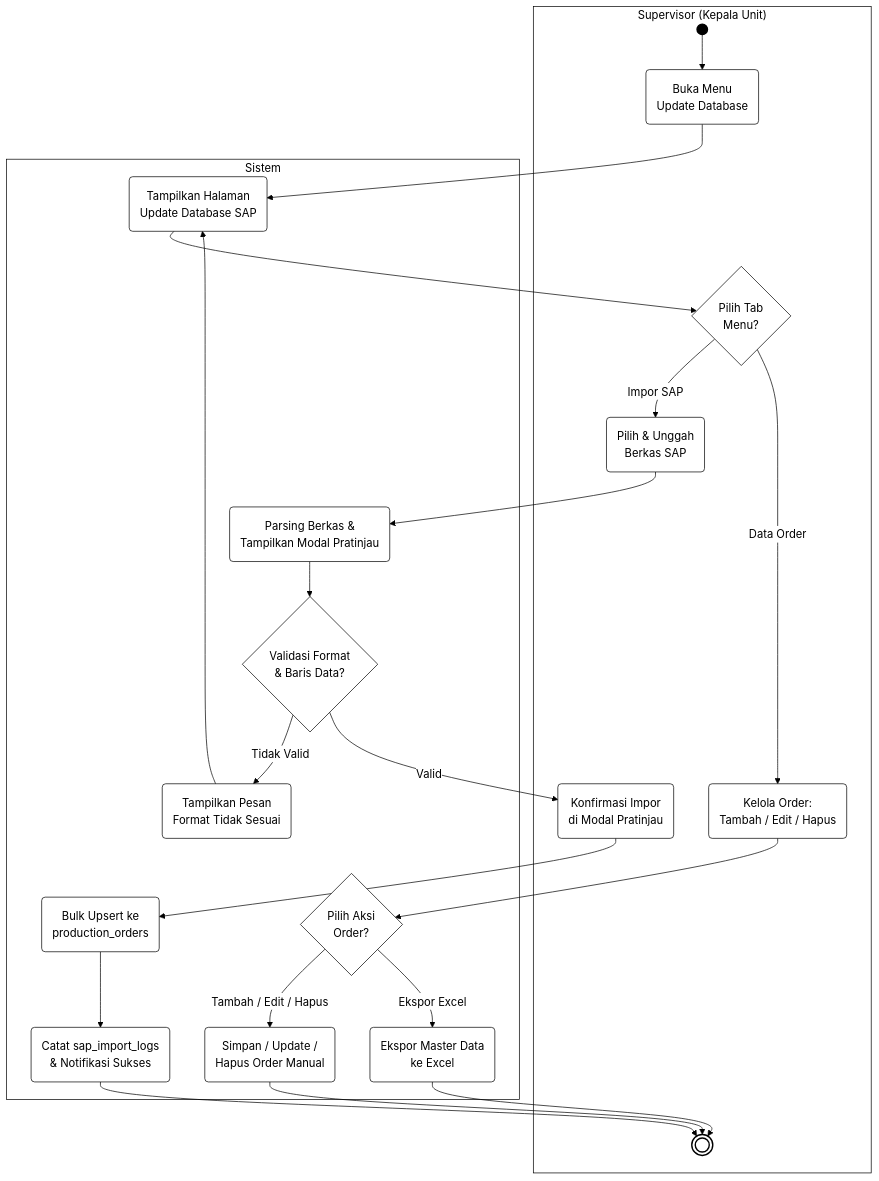
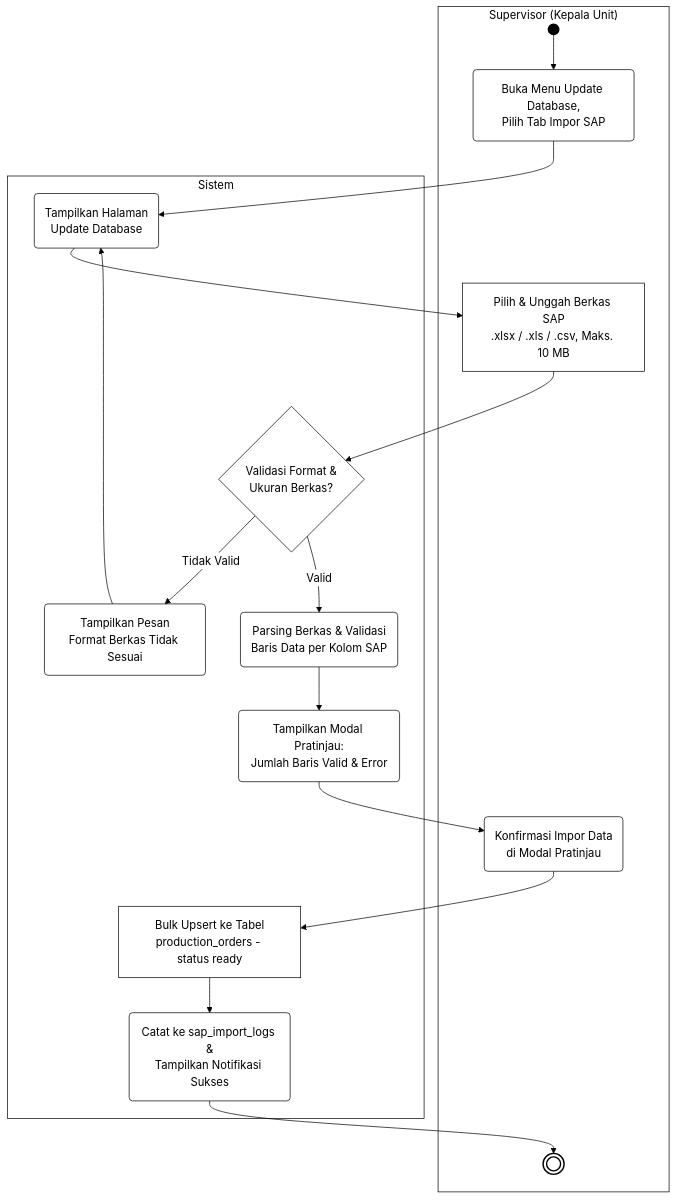
The ninth of 21 diagrams in docs/BAB_III_Draft.md (ZulfikarHD/scan-produksi), drawn with Mermaid before and after one commit. The commit also changed other lines of this file, not shown here.

First line of the commit message:
refactor(docs): update activity diagrams for managing petugas data

````diff
--- a/docs/BAB_III_Draft.md
+++ b/docs/BAB_III_Draft.md
@@ -520,47 +626,37 @@
 ```mermaid
 %%{init: {'theme': 'base', 'themeVariables': { 'primaryColor': '#ffffff', 'primaryBorderColor': '#000000', 'primaryTextColor': '#000000', 'lineColor': '#000000', 'textColor': '#000000', 'clusterBkg': '#ffffff', 'clusterBorder': '#000000', 'edgeLabelBackground':'#ffffff' }}}%%
 flowchart TD
     subgraph Supervisor ["Supervisor (Kepala Unit)"]
-        S_Start(( ))
-        S_Buka(Buka Menu<br/>Update Database)
-        S_Tab{Pilih Tab<br/>Menu?}
-        S_Upload(Pilih & Unggah<br/>Berkas SAP)
-        S_Konfirm(Konfirmasi Impor<br/>di Modal Pratinjau)
-        S_Order(Kelola Order:<br/>Tambah / Edit / Hapus)
-        S_End((( )))
+        SP_Start(( ))
+        SP_Buka(Buka Menu Update Database,<br/>Pilih Tab Impor SAP)
+        SP_Pilih["Pilih & Unggah Berkas SAP<br/>.xlsx / .xls / .csv, Maks. 10 MB"]
+        SP_Konfirm(Konfirmasi Impor Data<br/>di Modal Pratinjau)
+        SP_End((( )))
     end
 
     subgraph Sistem ["Sistem"]
-        SIS_Tampil(Tampilkan Halaman<br/>Update Database SAP)
-        SIS_Preview(Parsing Berkas &<br/>Tampilkan Modal Pratinjau)
-        SIS_Val{Validasi Format<br/>& Baris Data?}
-        SIS_Err(Tampilkan Pesan<br/>Format Tidak Sesuai)
-        SIS_Upsert(Bulk Upsert ke<br/>production_orders)
-        SIS_Log(Catat sap_import_logs<br/>& Notifikasi Sukses)
-        SIS_CRUD(Simpan / Update /<br/>Hapus Order Manual)
-        SIS_Export(Ekspor Master Data<br/>ke Excel)
-        S_AksiOrder{Pilih Aksi<br/>Order?}
+        SS_Tampil(Tampilkan Halaman<br/>Update Database)
+        SS_ValFile{Validasi Format &<br/>Ukuran Berkas?}
+        SS_FileErr(Tampilkan Pesan<br/>Format Berkas Tidak Sesuai)
+        SS_Parse(Parsing Berkas & Validasi<br/>Baris Data per Kolom SAP)
+        SS_Preview(Tampilkan Modal Pratinjau:<br/>Jumlah Baris Valid & Error)
+        SS_Upsert["Bulk Upsert ke Tabel<br/>production_orders - status ready"]
+        SS_Log(Catat ke sap_import_logs &<br/>Tampilkan Notifikasi Sukses)
     end
 
-    S_Start --> S_Buka
-    S_Buka --> SIS_Tampil
-    SIS_Tampil --> S_Tab
-    S_Tab -- Impor SAP --> S_Upload
-    S_Upload --> SIS_Preview
-    SIS_Preview --> SIS_Val
-    SIS_Val -- Tidak Valid --> SIS_Err
-    SIS_Err --> SIS_Tampil
-    SIS_Val -- Valid --> S_Konfirm
-    S_Konfirm --> SIS_Upsert
-    SIS_Upsert --> SIS_Log
-    SIS_Log --> S_End
-    S_Tab -- Data Order --> S_Order
-    S_Order --> S_AksiOrder
-    S_AksiOrder -- Tambah / Edit / Hapus --> SIS_CRUD
-    SIS_CRUD --> S_End
-    S_AksiOrder -- Ekspor Excel --> SIS_Export
-    SIS_Export --> S_End
+    SP_Start --> SP_Buka
+    SP_Buka --> SS_Tampil
+    SS_Tampil --> SP_Pilih
+    SP_Pilih --> SS_ValFile
+    SS_ValFile -- Tidak Valid --> SS_FileErr
+    SS_FileErr --> SS_Tampil
+    SS_ValFile -- Valid --> SS_Parse
+    SS_Parse --> SS_Preview
+    SS_Preview --> SP_Konfirm
+    SP_Konfirm --> SS_Upsert
+    SS_Upsert --> SS_Log
+    SS_Log --> SP_End
 
-    style S_Start fill:#000000,stroke:#000000,stroke-width:2px;
-    style S_End fill:#ffffff,stroke:#000000,stroke-width:2px;
+    style SP_Start fill:#000000,stroke:#000000,stroke-width:2px;
+    style SP_End fill:#ffffff,stroke:#000000,stroke-width:2px;
 ```
````
